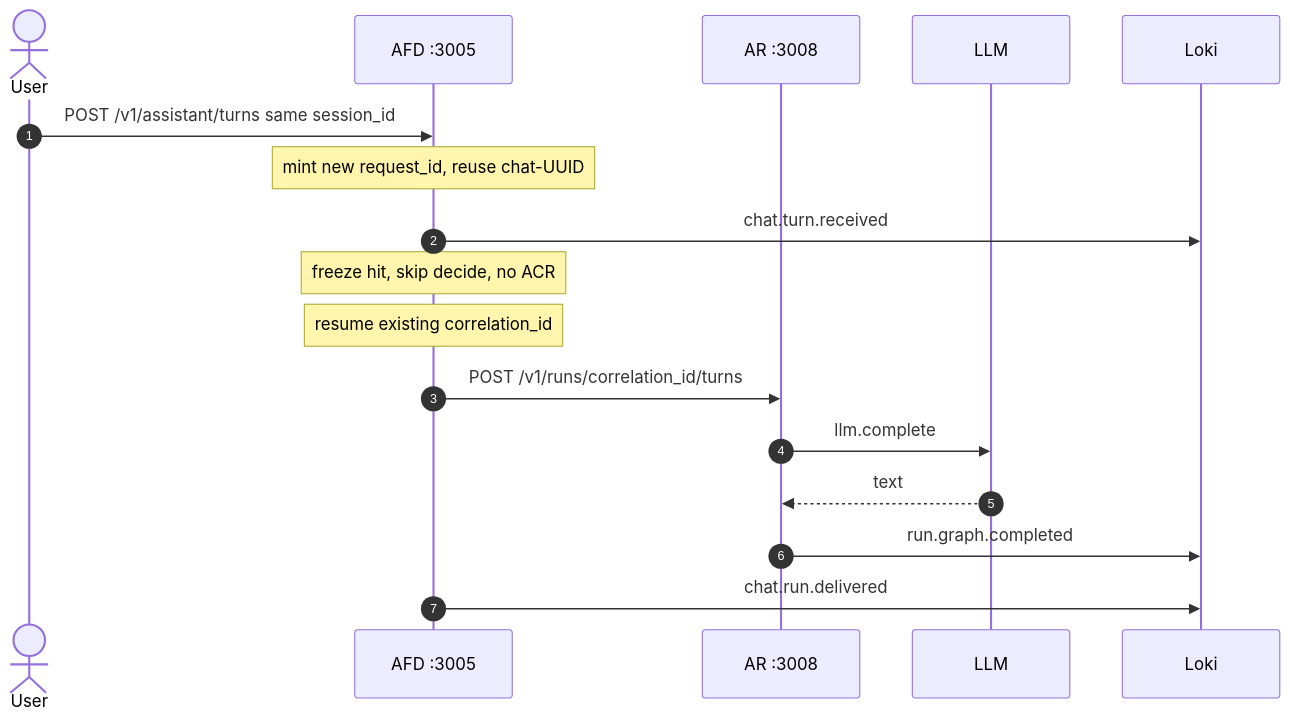
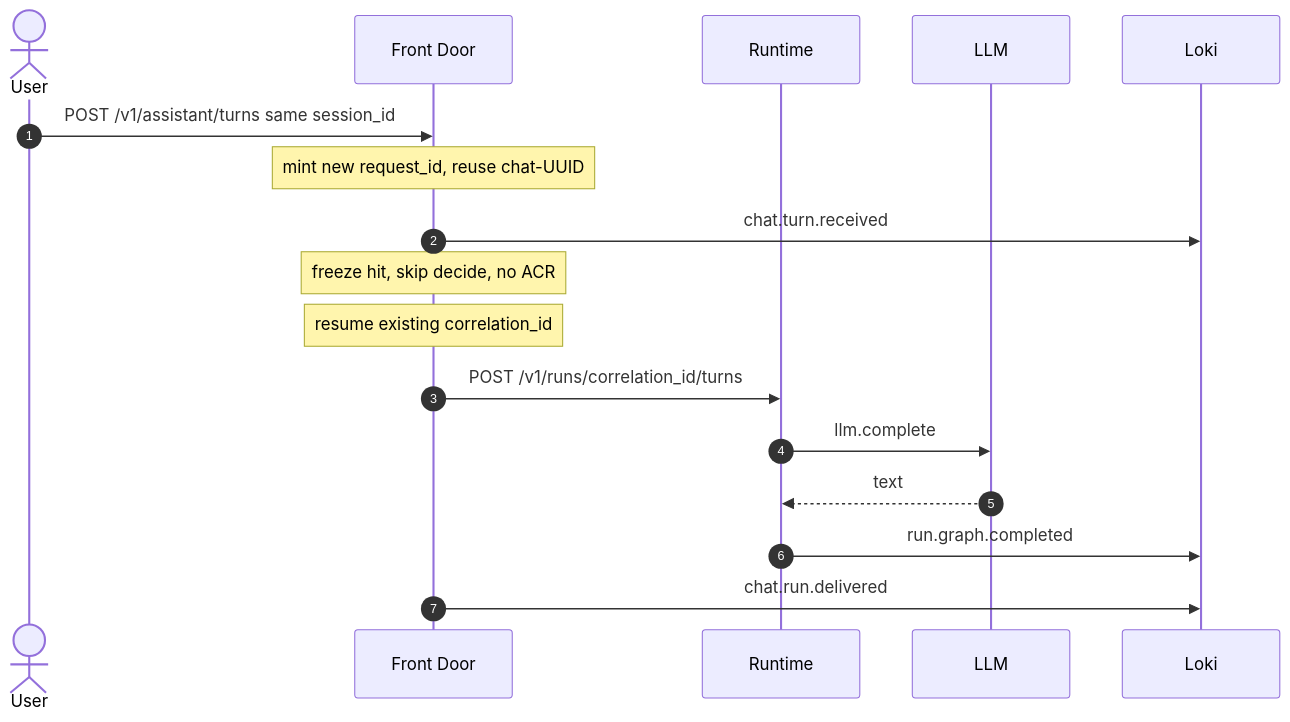
The fourth of 6 diagrams in agent-fabric-docs/docs/01-concepts/03-executing-a-request/04-identifiers.md (iamsharmajitender/enterprise-agent-fabric), drawn with Mermaid before and after one commit. The commit also changed other lines of this file and 39 other files, not shown here.

````diff
--- a/agent-fabric-docs/docs/01-concepts/03-executing-a-request/04-identifiers.md
+++ b/agent-fabric-docs/docs/01-concepts/03-executing-a-request/04-identifiers.md
@@ -228,20 +228,20 @@
 ```mermaid
 sequenceDiagram
   autonumber
   actor User
-  participant AFD as AFD :3005
-  participant AR as AR :3008
+  participant AFD as Front Door
+  participant AR as Runtime
   participant LLM as LLM
   participant Loki as Loki
 
   User->>AFD: POST /v1/assistant/turns same session_id
   Note over AFD: mint new request_id, reuse chat-UUID
   AFD->>Loki: chat.turn.received
   Note over AFD: freeze hit, skip decide, no ACR
   Note over AFD: resume existing correlation_id
   AFD->>AR: POST /v1/runs/correlation_id/turns
   AR->>LLM: llm.complete
   LLM-->>AR: text
   AR->>Loki: run.graph.completed
   AFD->>Loki: chat.run.delivered
 ```
````
